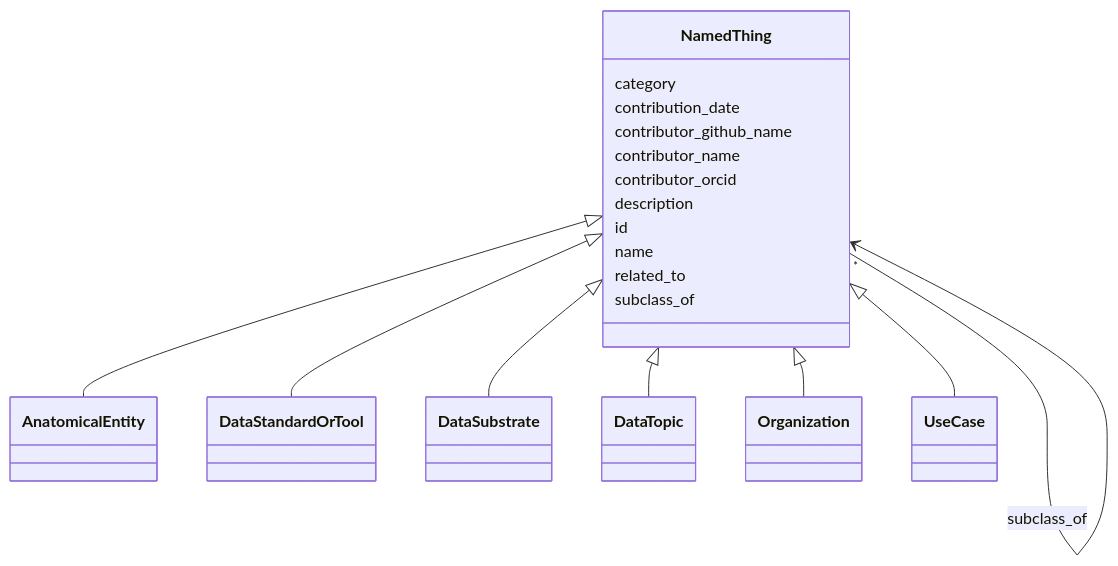
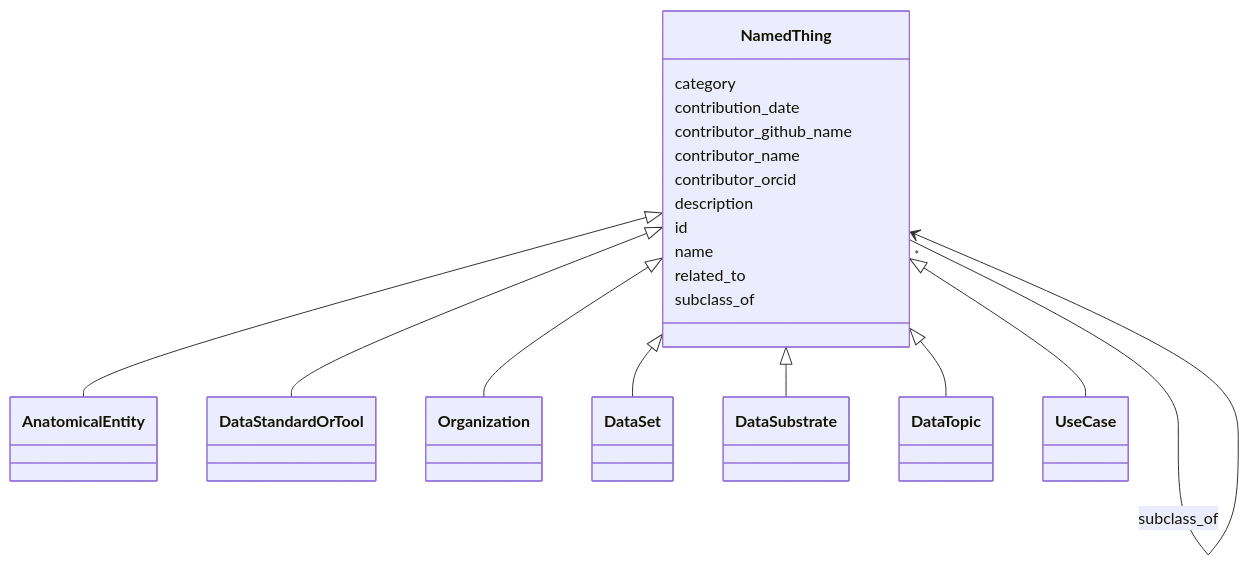
The diagram in docs/NamedThing.md (bridge2ai/standards-schemas), drawn with Mermaid before and after one commit. The commit also changed other lines of this file and 44 other files, not shown here.

````diff
--- a/docs/NamedThing.md
+++ b/docs/NamedThing.md
@@ -19,53 +19,55 @@
 ```mermaid
  classDiagram
     class NamedThing
     click NamedThing href "../NamedThing"
       NamedThing <|-- AnatomicalEntity
         click AnatomicalEntity href "../AnatomicalEntity"
       NamedThing <|-- DataStandardOrTool
         click DataStandardOrTool href "../DataStandardOrTool"
+      NamedThing <|-- Organization
+        click Organization href "../Organization"
+      NamedThing <|-- DataSet
+        click DataSet href "../DataSet"
       NamedThing <|-- DataSubstrate
         click DataSubstrate href "../DataSubstrate"
       NamedThing <|-- DataTopic
         click DataTopic href "../DataTopic"
-      NamedThing <|-- Organization
-        click Organization href "../Organization"
       NamedThing <|-- UseCase
         click UseCase href "../UseCase"
       
       NamedThing : category
         
       NamedThing : contribution_date
         
       NamedThing : contributor_github_name
         
       NamedThing : contributor_name
         
       NamedThing : contributor_orcid
         
       NamedThing : description
         
       NamedThing : id
         
       NamedThing : name
         
       NamedThing : related_to
         
           
     
     
     NamedThing --> "*" NamedThing : related_to
     click NamedThing href "../NamedThing"
 
         
       NamedThing : subclass_of
         
           
     
     
     NamedThing --> "*" NamedThing : subclass_of
     click NamedThing href "../NamedThing"
 
         
       
 ```
````
